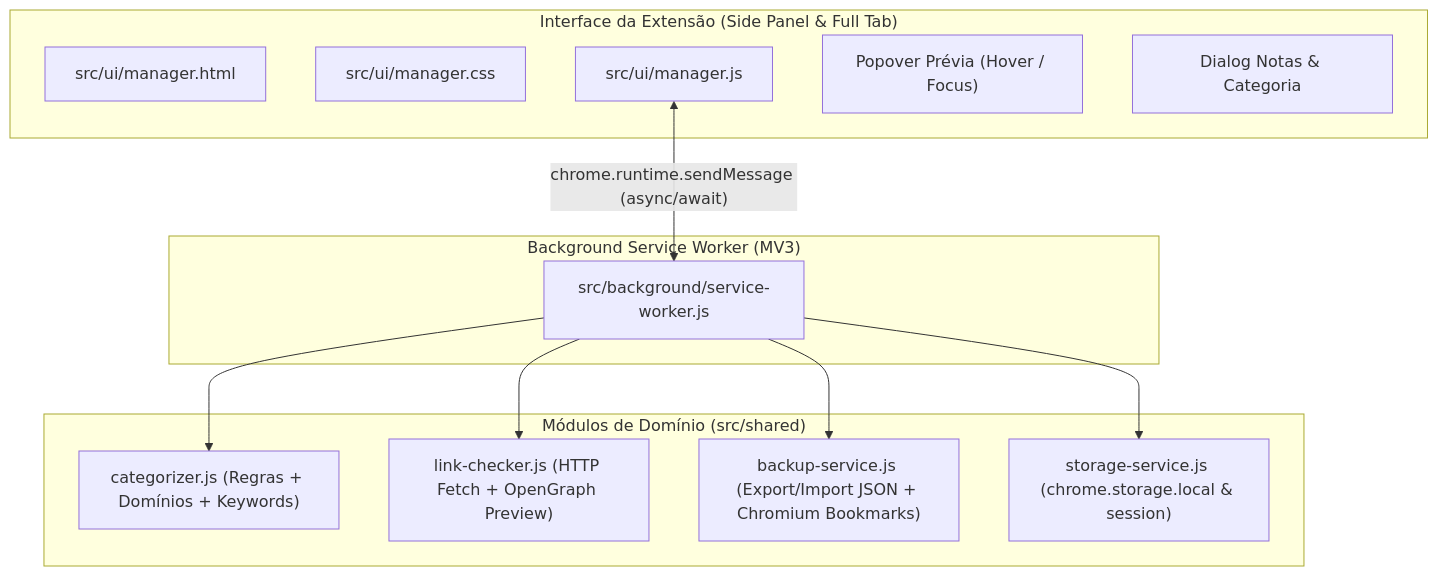
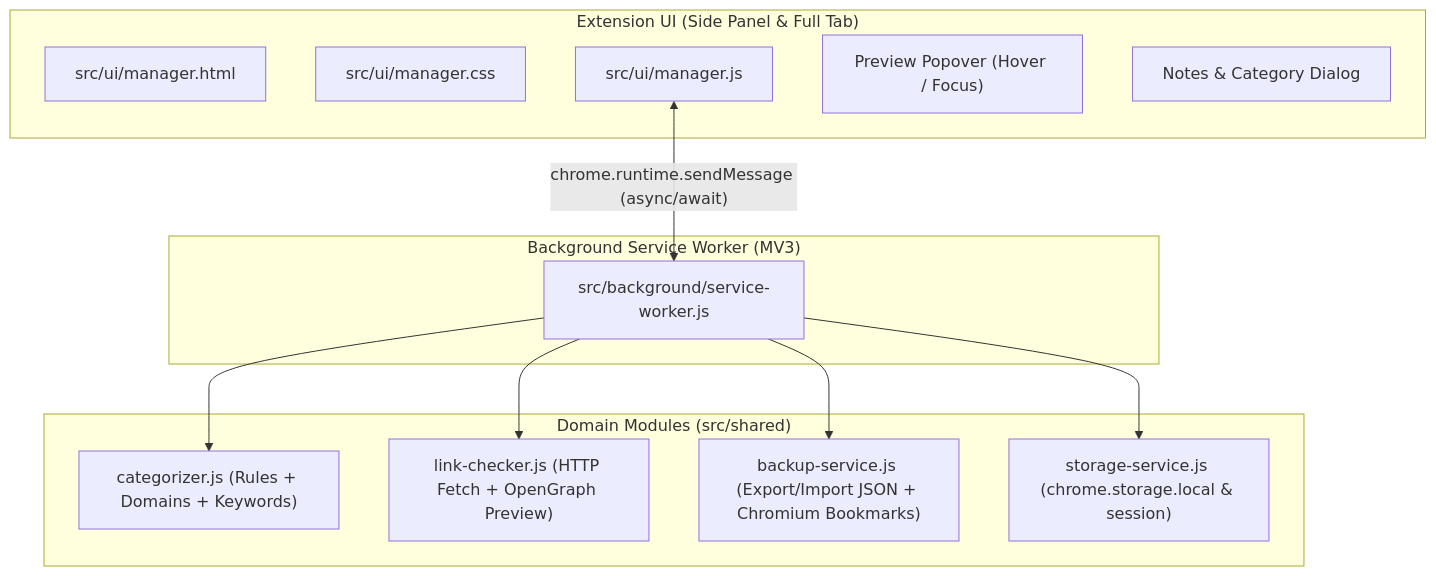
Before and after one commit to murilomunhao/bookmark_manager: the diagram in README.md, drawn with Mermaid. The commit also changed other lines of this file, not shown here.

````diff
--- a/README.md
+++ b/README.md
@@ -7,27 +7,27 @@
 ```mermaid
 flowchart TD
-    subgraph UI["Interface da Extensão (Side Panel & Full Tab)"]
+    subgraph UI["Extension UI (Side Panel & Full Tab)"]
         HTML["src/ui/manager.html"]
         CSS["src/ui/manager.css"]
         CTRL["src/ui/manager.js"]
-        POPOVER["Popover Prévia (Hover / Focus)"]
-        DIALOG["Dialog Notas & Categoria"]
+        POPOVER["Preview Popover (Hover / Focus)"]
+        DIALOG["Notes & Category Dialog"]
     end
 
     subgraph SW["Background Service Worker (MV3)"]
         WORKER["src/background/service-worker.js"]
     end
 
-    subgraph CORE["Módulos de Domínio (src/shared)"]
-        CAT["categorizer.js (Regras + Domínios + Keywords)"]
+    subgraph CORE["Domain Modules (src/shared)"]
+        CAT["categorizer.js (Rules + Domains + Keywords)"]
         CHK["link-checker.js (HTTP Fetch + OpenGraph Preview)"]
         BKP["backup-service.js (Export/Import JSON + Chromium Bookmarks)"]
         STR["storage-service.js (chrome.storage.local & session)"]
     end
 
     CTRL <-->|"chrome.runtime.sendMessage (async/await)"| WORKER
     WORKER --> CAT
     WORKER --> CHK
     WORKER --> BKP
     WORKER --> STR
 ```
````
